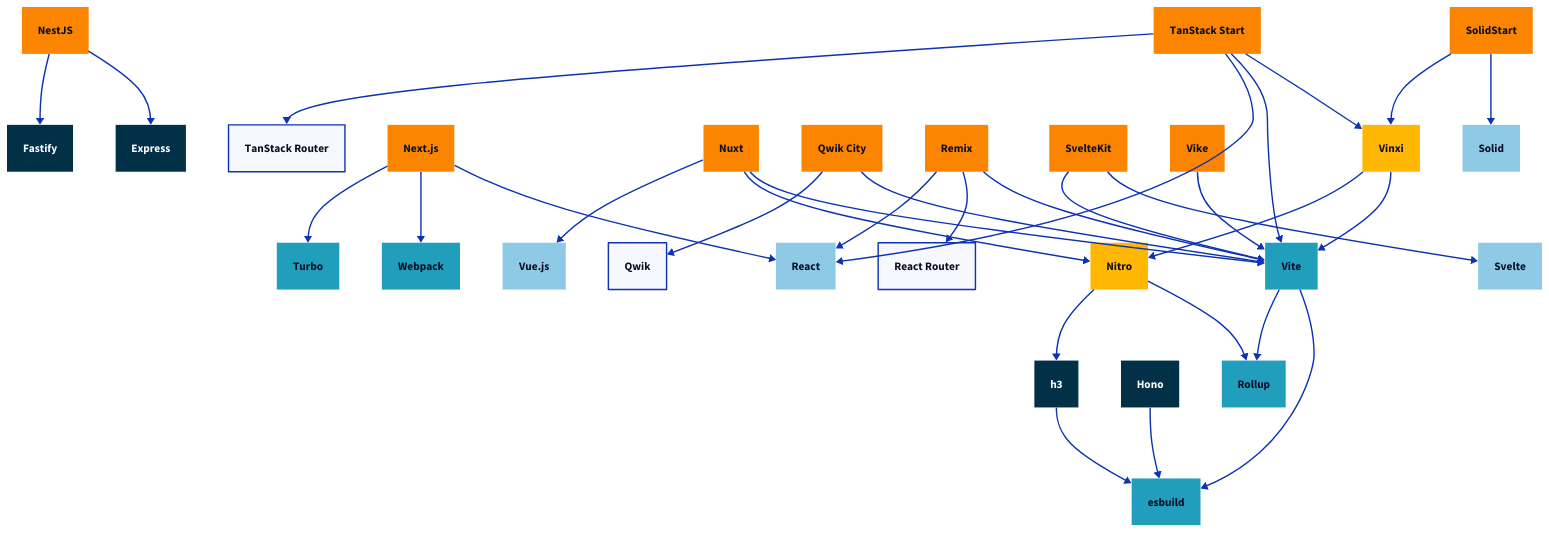
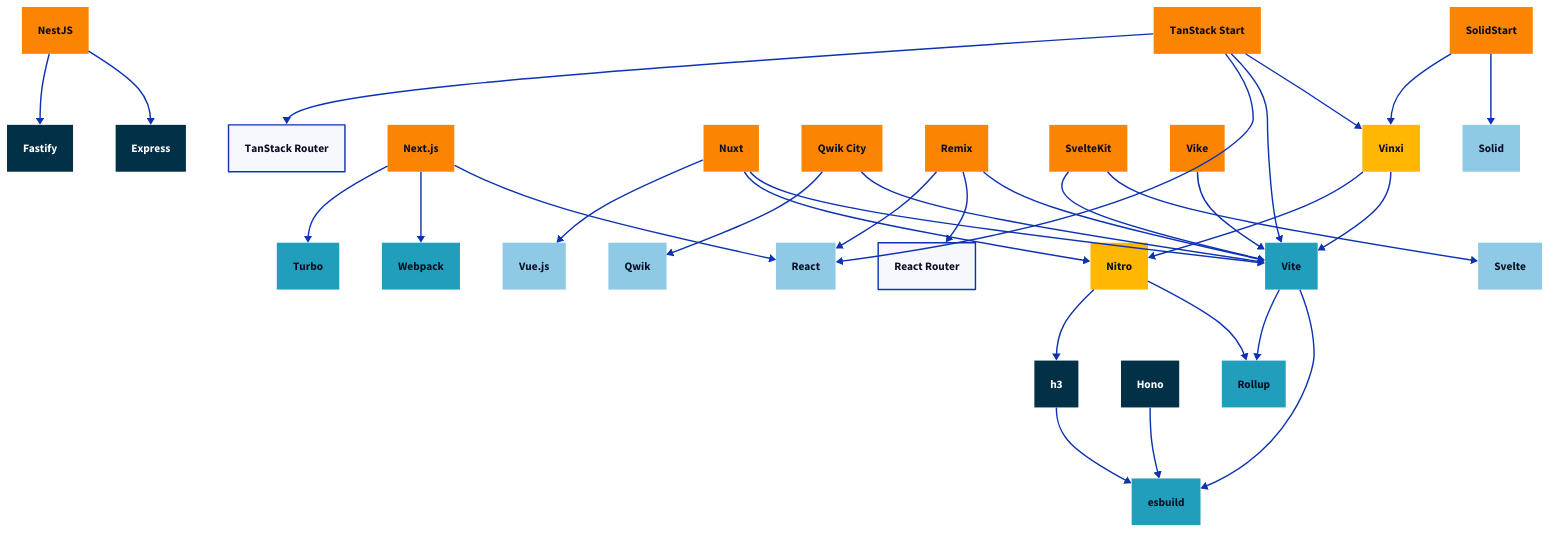
The diagram in depends.d2 (flmn/js-depends), drawn with D2 before and after one commit. The commit also changed 1 other file, not shown here.

```diff
--- a/depends.d2
+++ b/depends.d2
@@ -1,108 +1,109 @@
 classes: {
   server: {
     style: {
       fill: "#023047"
       font-color: white
       stroke-width: 0
     }
   }
 
   fx: {
     style: {
       fill: "#FFB703"
       stroke-width: 0
     }
   }
 
   kit: {
     style: {
       fill: "#FB8500"
       stroke-width: 0
     }
   }
 
   ui: {
     style: {
       fill: "#8ECAE6"
       stroke-width: 0
     }
   }
 
   build: {
     style: {
       fill: "#219EBC"
       stroke-width: 0
     }
   }
 }
 
 Express.class: server
 Fastify.class: server
 h3.class: server
 Hono.class: server
 
 Nitro.class: fx
 Vinxi.class: fx
 
 NestJS.class: kit
 "Next.js".class: kit
 Nuxt.class: kit
 "Qwik City".class: kit
 Remix.class: kit
 SolidStart.class: kit
 SvelteKit.class: kit
 "TanStack Start".class: kit
 Vike.class: kit
 
+Qwik.class: ui
 React.class: ui
 Solid.class: ui
 Svelte.class: ui
 "Vue.js".class: ui
 
 esbuild.class: build
 Rollup.class: build
 Turbo.class: build
 Vite.class: build
 Webpack.class: build
 
 SvelteKit -> Svelte
 SvelteKit -> Vite
 
 "Qwik City" -> Vite
 "Qwik City" -> Qwik
 
 Nuxt -> Vite
 Nuxt -> Nitro
 Nuxt -> "Vue.js"
 
 SolidStart -> Solid
 SolidStart -> Vinxi
 
 Vinxi -> Vite
 Vinxi -> Nitro
 
 Vike -> Vite
 
 Vite -> esbuild
 Vite -> Rollup
 
 Nitro -> Rollup
 Nitro -> h3 -> esbuild
 
 "TanStack Start" -> Vinxi
 "TanStack Start" -> Vite
 "TanStack Start" -> React
 "TanStack Start" -> "TanStack Router"
 
 Remix -> Vite
 Remix -> "React Router"
 Remix -> React
 
 "Next.js" -> React
 "Next.js" -> Webpack
 "Next.js" -> Turbo
 
 Hono -> esbuild
 
 NestJS -> Express
 NestJS -> Fastify
```
